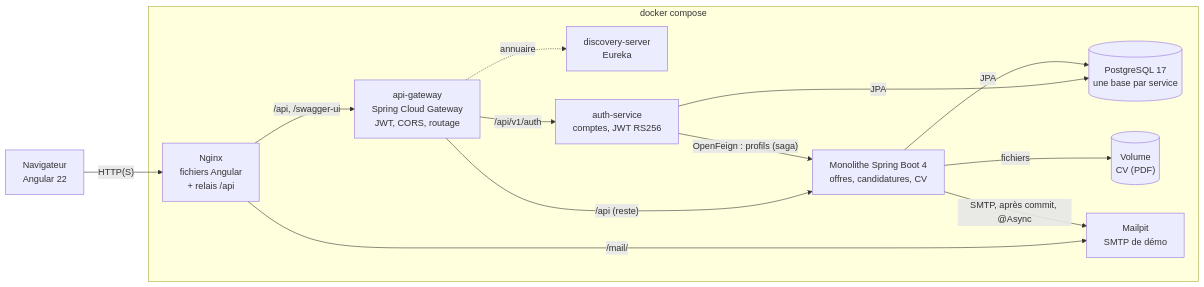
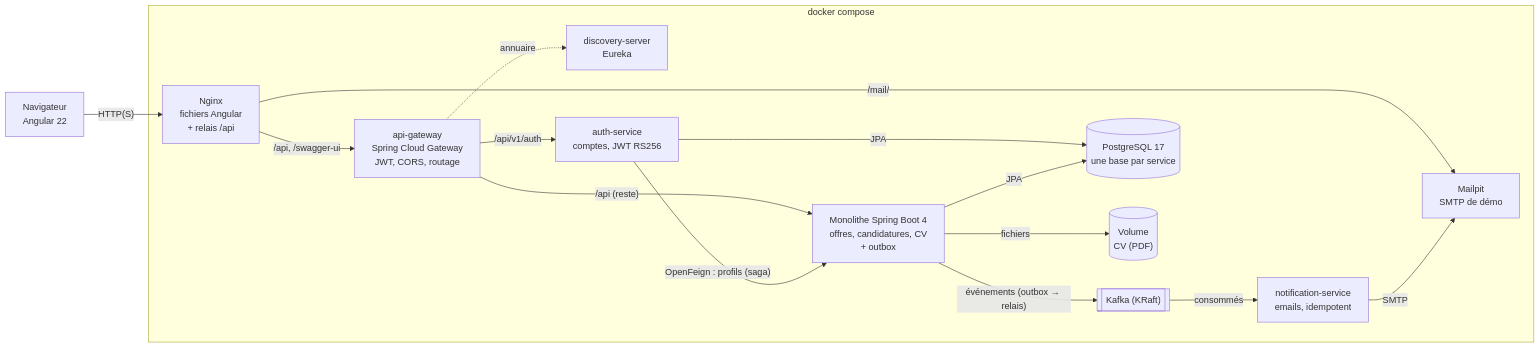
Before and after one commit to zakaech/stagehub: the diagram in README.md, drawn with Mermaid. The commit also changed other lines of this file and 1 other file, not shown here.

Commit message:
docs: décrit Kafka, l'outbox et notification-service (phase 7, sous-étape e)

````diff
--- a/README.md
+++ b/README.md
@@ -123,25 +123,29 @@
 ```mermaid
 flowchart LR
     navigateur["Navigateur<br/>Angular 22"]
     subgraph docker["docker compose"]
         nginx["Nginx<br/>fichiers Angular<br/>+ relais /api"]
         gateway["api-gateway<br/>Spring Cloud Gateway<br/>JWT, CORS, routage"]
         eureka["discovery-server<br/>Eureka"]
         auth["auth-service<br/>comptes, JWT RS256"]
-        backend["Monolithe Spring Boot 4<br/>offres, candidatures, CV"]
+        backend["Monolithe Spring Boot 4<br/>offres, candidatures, CV<br/>+ outbox"]
+        kafka[["Kafka (KRaft)"]]
+        notif["notification-service<br/>emails, idempotent"]
         postgres[("PostgreSQL 17<br/>une base par service")]
         cv[("Volume<br/>CV (PDF)")]
         mailpit["Mailpit<br/>SMTP de démo"]
     end
     navigateur -- "HTTP(S)" --> nginx
     nginx -- "/api, /swagger-ui" --> gateway
     gateway -- "/api/v1/auth" --> auth
     gateway -- "/api (reste)" --> backend
     auth -- "OpenFeign : profils (saga)" --> backend
     gateway -. "annuaire" .-> eureka
     auth -- "JPA" --> postgres
     nginx -- "/mail/" --> mailpit
     backend -- "JPA" --> postgres
     backend -- "fichiers" --> cv
-    backend -- "SMTP, après commit, @Async" --> mailpit
+    backend -- "événements (outbox → relais)" --> kafka
+    kafka -- "consommés" --> notif
+    notif -- "SMTP" --> mailpit
 ```
````
